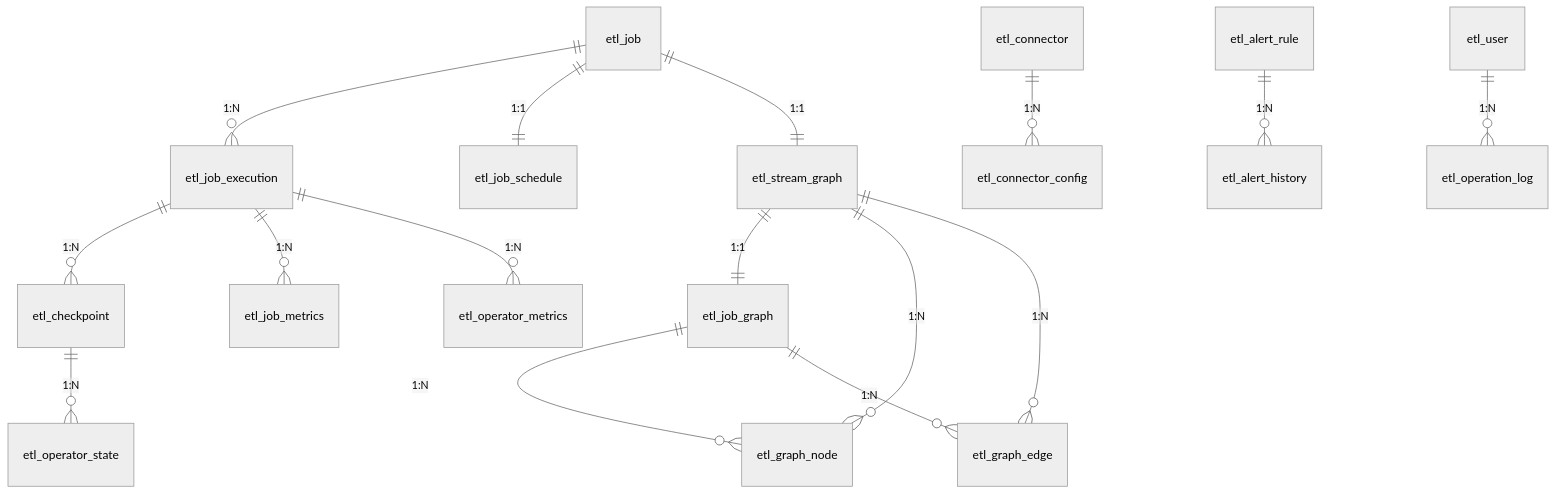
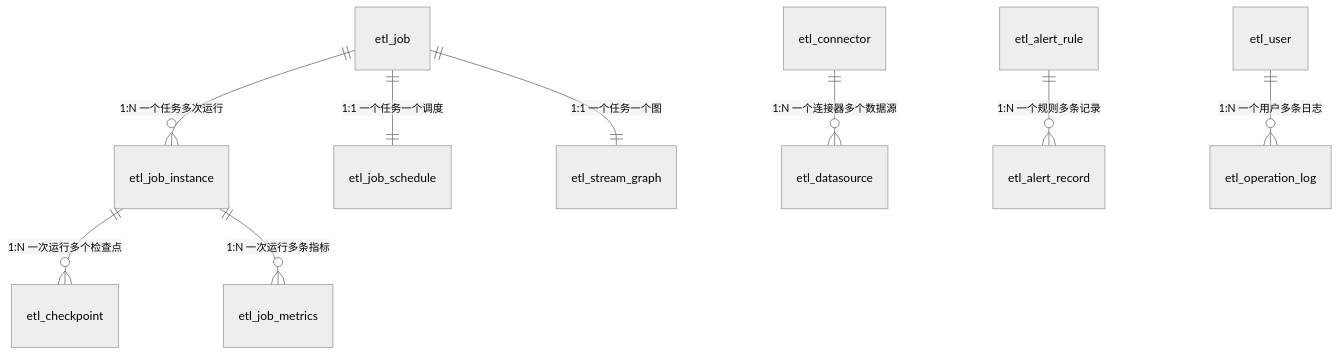
Before and after one commit to 312268112/advanced-java: the second of 2 diagrams in docs/database-design.md, drawn with Mermaid (neutral theme). The commit also changed other lines of this file and 1 other file, not shown here.

Commit message:
Refactor: Adapt ETL framework for single-node execution

````diff
--- a/docs/database-design.md
+++ b/docs/database-design.md
@@ -349,18 +388,15 @@
 ```mermaid
 erDiagram
-    etl_job ||--o{ etl_job_execution : "1:N"
-    etl_job ||--|| etl_job_schedule : "1:1"
-    etl_job ||--|| etl_stream_graph : "1:1"
-    etl_stream_graph ||--|| etl_job_graph : "1:1"
-    etl_stream_graph ||--o{ etl_graph_node : "1:N"
-    etl_stream_graph ||--o{ etl_graph_edge : "1:N"
-    etl_job_graph ||--o{ etl_graph_node : "1:N"
-    etl_job_graph ||--o{ etl_graph_edge : "1:N"
-    etl_job_execution ||--o{ etl_checkpoint : "1:N"
-    etl_checkpoint ||--o{ etl_operator_state : "1:N"
-    etl_job_execution ||--o{ etl_job_metrics : "1:N"
-    etl_job_execution ||--o{ etl_operator_metrics : "1:N"
-    etl_connector ||--o{ etl_connector_config : "1:N"
-    etl_alert_rule ||--o{ etl_alert_history : "1:N"
-    etl_user ||--o{ etl_operation_log : "1:N"
+    etl_job ||--o{ etl_job_instance : "1:N 一个任务多次运行"
+    etl_job ||--|| etl_job_schedule : "1:1 一个任务一个调度"
+    etl_job ||--|| etl_stream_graph : "1:1 一个任务一个图"
+    
+    etl_job_instance ||--o{ etl_checkpoint : "1:N 一次运行多个检查点"
+    etl_job_instance ||--o{ etl_job_metrics : "1:N 一次运行多条指标"
+    
+    etl_connector ||--o{ etl_datasource : "1:N 一个连接器多个数据源"
+    
+    etl_alert_rule ||--o{ etl_alert_record : "1:N 一个规则多条记录"
+    
+    etl_user ||--o{ etl_operation_log : "1:N 一个用户多条日志"
 ```
````
